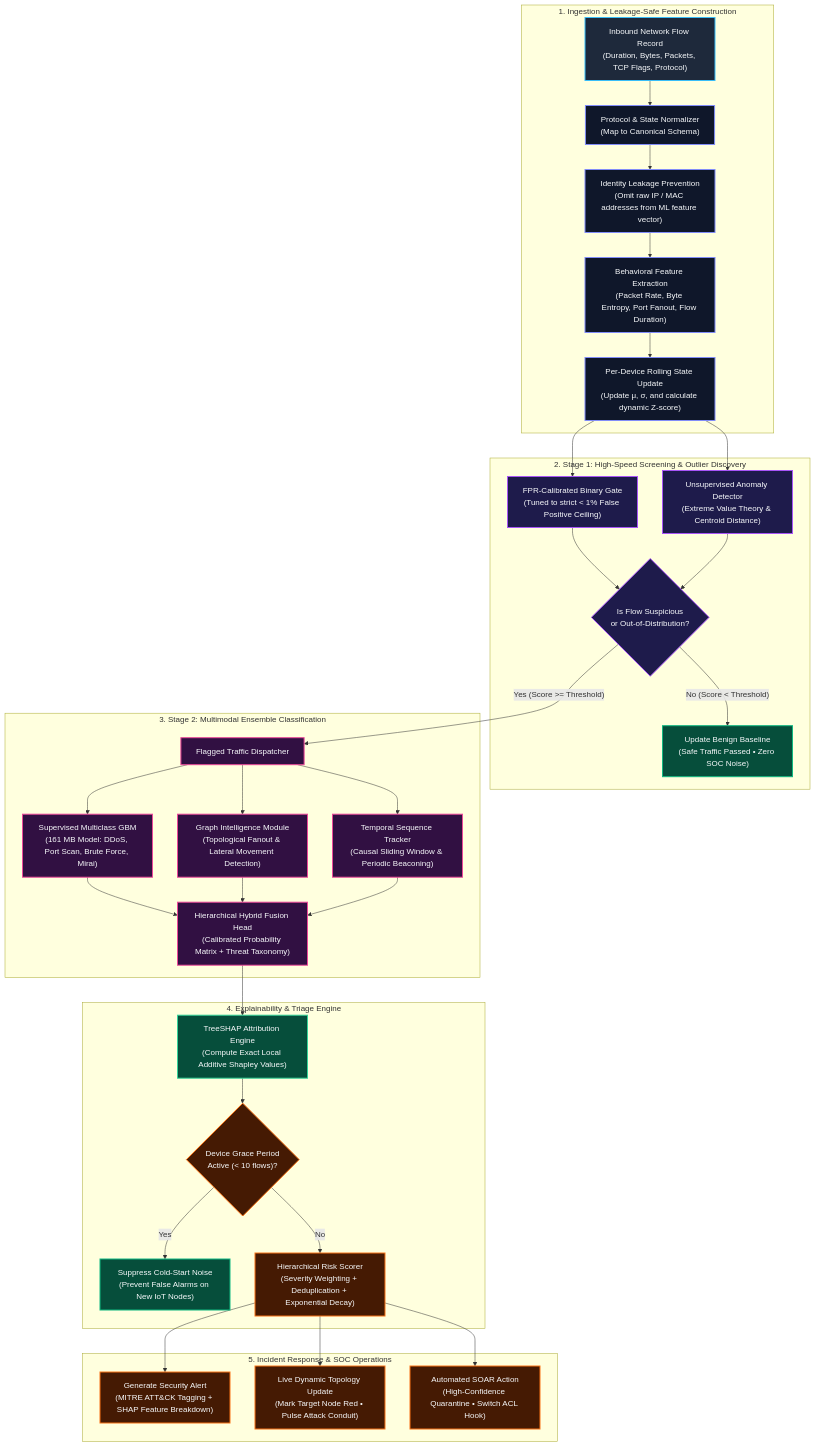
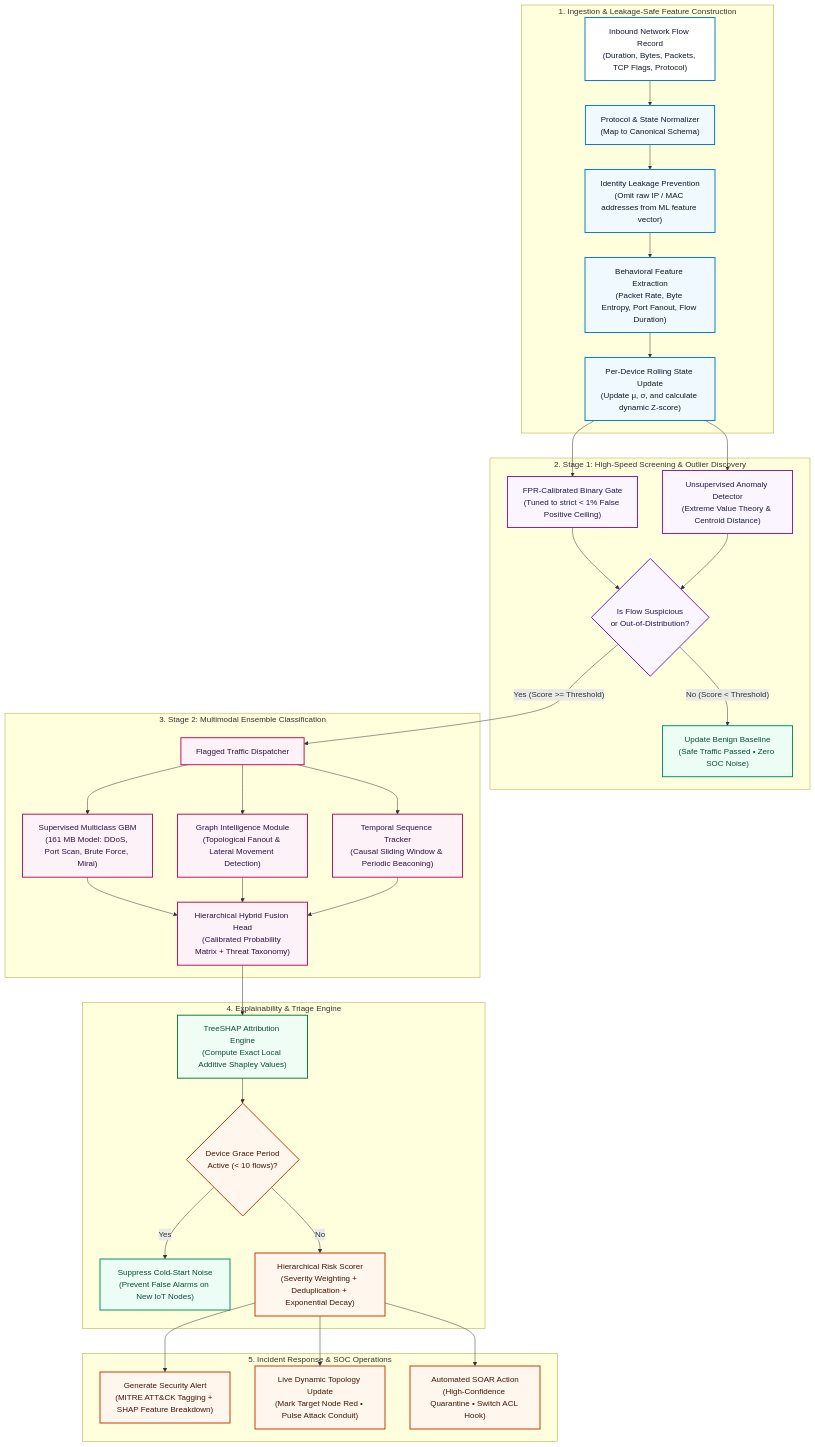
Before and after one commit to Poojax21/ai-iot-intrusion-detection: the first of 2 diagrams in docs/architecture_and_algorithm_diagrams.md, drawn with Mermaid. The commit also changed other lines of this file, not shown here.

Commit message:
style(diagrams): update diagrams to high-contrast white/light theme for presentations

````diff
--- a/docs/architecture_and_algorithm_diagrams.md
+++ b/docs/architecture_and_algorithm_diagrams.md
@@ -11,72 +9,72 @@
 ```mermaid
 flowchart TD
-    %% Styling
-    classDef inputStyle fill:#1e293b,stroke:#38bdf8,stroke-width:2px,color:#f8fafc;
-    classDef featureStyle fill:#0f172a,stroke:#818cf8,stroke-width:2px,color:#f8fafc;
-    classDef stage1Style fill:#1e1b4b,stroke:#a855f7,stroke-width:2px,color:#f8fafc;
-    classDef stage2Style fill:#311042,stroke:#ec4899,stroke-width:2px,color:#f8fafc;
-    classDef explainStyle fill:#064e3b,stroke:#34d399,stroke-width:2px,color:#f8fafc;
-    classDef triageStyle fill:#451a03,stroke:#f97316,stroke-width:2px,color:#f8fafc;
-    classDef passStyle fill:#064e3b,stroke:#10b981,stroke-width:2px,color:#f8fafc;
+    %% White / Light Theme Styling
+    classDef inputStyle fill:#ffffff,stroke:#0284c7,stroke-width:2px,color:#0f172a;
+    classDef featureStyle fill:#f0f9ff,stroke:#0284c7,stroke-width:2px,color:#0f172a;
+    classDef stage1Style fill:#faf5ff,stroke:#7e22ce,stroke-width:2px,color:#1e1b4b;
+    classDef stage2Style fill:#fdf2f8,stroke:#be185d,stroke-width:2px,color:#311042;
+    classDef explainStyle fill:#f0fdf4,stroke:#15803d,stroke-width:2px,color:#064e3b;
+    classDef triageStyle fill:#fff7ed,stroke:#c2410c,stroke-width:2px,color:#431407;
+    classDef passStyle fill:#ecfdf5,stroke:#059669,stroke-width:2px,color:#064e3b;
 
     %% Ingestion & Feature Engineering
     subgraph INGESTION["1. Ingestion & Leakage-Safe Feature Construction"]
         FLOW["Inbound Network Flow Record<br/>(Duration, Bytes, Packets, TCP Flags, Protocol)"]:::inputStyle
         NORM["Protocol & State Normalizer<br/>(Map to Canonical Schema)"]:::featureStyle
         DROP["Identity Leakage Prevention<br/>(Omit raw IP / MAC addresses from ML feature vector)"]:::featureStyle
         CALC["Behavioral Feature Extraction<br/>(Packet Rate, Byte Entropy, Port Fanout, Flow Duration)"]:::featureStyle
         BASE["Per-Device Rolling State Update<br/>(Update μ, σ, and calculate dynamic Z-score)"]:::featureStyle
     end
 
     FLOW --> NORM --> DROP --> CALC --> BASE
 
     %% Stage 1: Filtering Funnel
     subgraph STAGE1["2. Stage 1: High-Speed Screening & Outlier Discovery"]
         GATE["FPR-Calibrated Binary Gate<br/>(Tuned to strict &lt; 1% False Positive Ceiling)"]:::stage1Style
         EVT["Unsupervised Anomaly Detector<br/>(Extreme Value Theory & Centroid Distance)"]:::stage1Style
         DEC1{"Is Flow Suspicious<br/>or Out-of-Distribution?"}:::stage1Style
         PASS["Update Benign Baseline<br/>(Safe Traffic Passed • Zero SOC Noise)"]:::passStyle
     end
 
     BASE --> GATE
     BASE --> EVT
     GATE --> DEC1
     EVT --> DEC1
     DEC1 -- "No (Score &lt; Threshold)" --> PASS
 
     %% Stage 2: Heavy Ensemble
     subgraph STAGE2["3. Stage 2: Multimodal Ensemble Classification"]
         DEC1 -- "Yes (Score &gt;= Threshold)" --> FORK["Flagged Traffic Dispatcher"]:::stage2Style
         MULTI["Supervised Multiclass GBM<br/>(161 MB Model: DDoS, Port Scan, Brute Force, Mirai)"]:::stage2Style
         GRAPH["Graph Intelligence Module<br/>(Topological Fanout & Lateral Movement Detection)"]:::stage2Style
         TEMP["Temporal Sequence Tracker<br/>(Causal Sliding Window & Periodic Beaconing)"]:::stage2Style
         FUSION["Hierarchical Hybrid Fusion Head<br/>(Calibrated Probability Matrix + Threat Taxonomy)"]:::stage2Style
     end
 
     FORK --> MULTI --> FUSION
     FORK --> GRAPH --> FUSION
     FORK --> TEMP --> FUSION
 
     %% Stage 3: Attribution & Risk
     subgraph STAGE3["4. Explainability & Triage Engine"]
         SHAP["TreeSHAP Attribution Engine<br/>(Compute Exact Local Additive Shapley Values)"]:::explainStyle
         GRACE{"Device Grace Period<br/>Active (&lt; 10 flows)?"}:::triageStyle
         SUPPRESS["Suppress Cold-Start Noise<br/>(Prevent False Alarms on New IoT Nodes)"]:::passStyle
         RISK["Hierarchical Risk Scorer<br/>(Severity Weighting + Deduplication + Exponential Decay)"]:::triageStyle
     end
 
     FUSION --> SHAP --> GRACE
     GRACE -- "Yes" --> SUPPRESS
     GRACE -- "No" --> RISK
 
     %% Stage 4: SOC Output
     subgraph OUTPUT["5. Incident Response & SOC Operations"]
         ALERT["Generate Security Alert<br/>(MITRE ATT&CK Tagging + SHAP Feature Breakdown)"]:::triageStyle
         TOPO["Live Dynamic Topology Update<br/>(Mark Target Node Red • Pulse Attack Conduit)"]:::triageStyle
         SOAR["Automated SOAR Action<br/>(High-Confidence Quarantine • Switch ACL Hook)"]:::triageStyle
     end
 
     RISK --> ALERT
     RISK --> TOPO
     RISK --> SOAR
 ```
````
